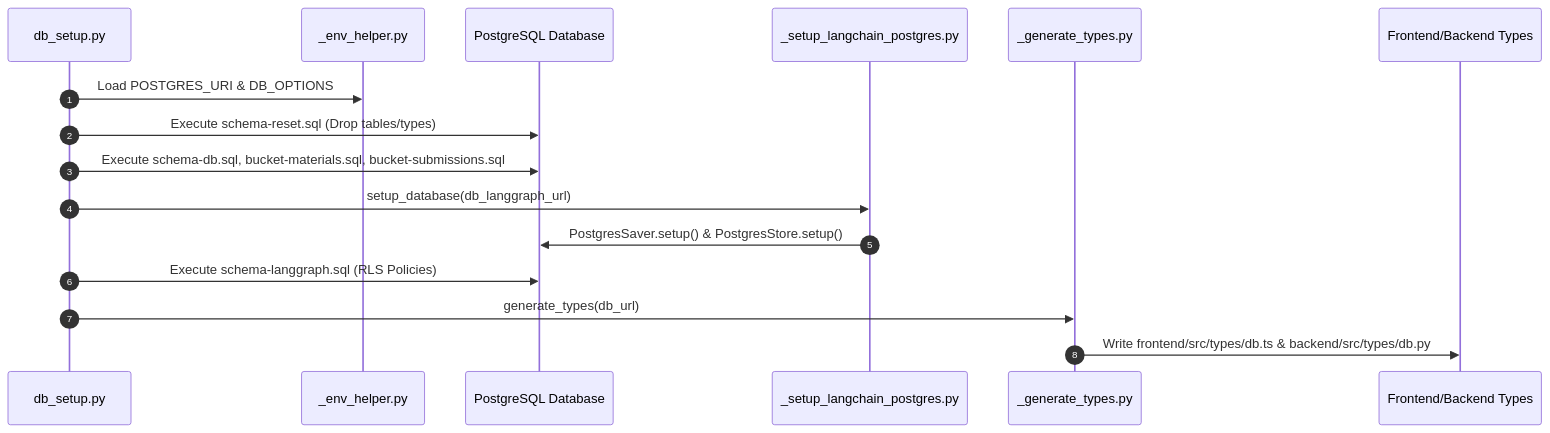
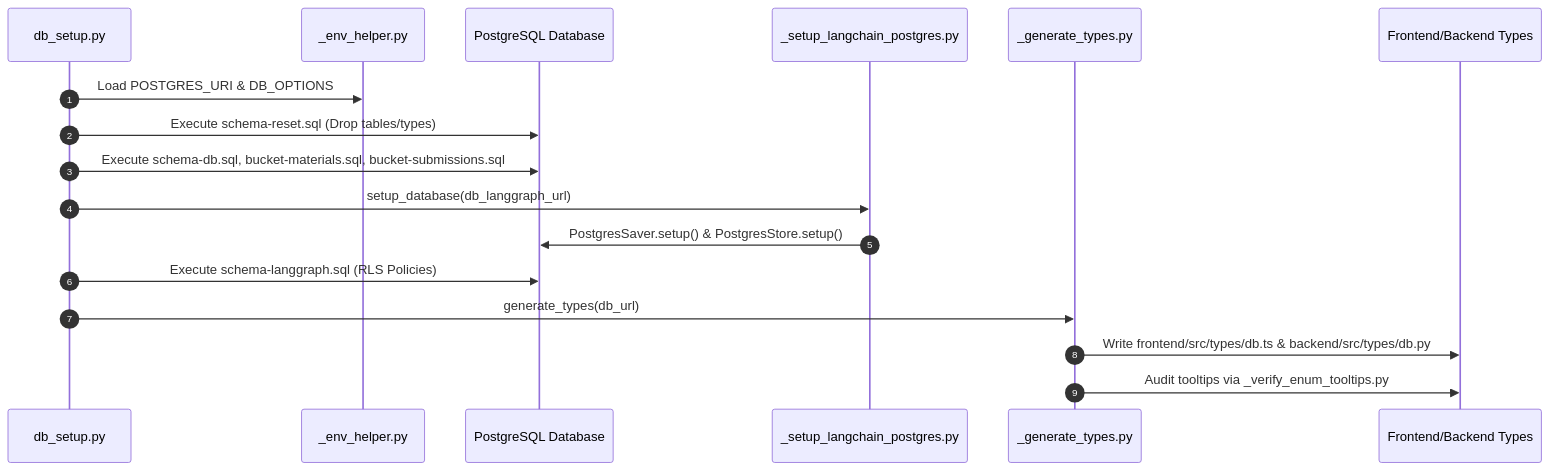
The diagram in scripts/code.ARCH.md (VictorBravo9er/Teacher-Assistant-Workspace), drawn with Mermaid before and after one commit. The commit also changed other lines of this file and 62 other files, not shown here.

First line of the commit message:
feat: implement plan 00 developer tooling, full-stack logging, enum audit, and mock data purge

````diff
--- a/scripts/code.ARCH.md
+++ b/scripts/code.ARCH.md
@@ -11,19 +11,20 @@
 ```mermaid
 sequenceDiagram
     autonumber
     participant DBSetup as db_setup.py
     participant Env as _env_helper.py
     participant Postgres as PostgreSQL Database
     participant LangChain as _setup_langchain_postgres.py
     participant TypeGen as _generate_types.py
     participant Filesystem as Frontend/Backend Types
 
     DBSetup->>Env: Load POSTGRES_URI & DB_OPTIONS
     DBSetup->>Postgres: Execute schema-reset.sql (Drop tables/types)
     DBSetup->>Postgres: Execute schema-db.sql, bucket-materials.sql, bucket-submissions.sql
     DBSetup->>LangChain: setup_database(db_langgraph_url)
     LangChain->>Postgres: PostgresSaver.setup() & PostgresStore.setup()
     DBSetup->>Postgres: Execute schema-langgraph.sql (RLS Policies)
     DBSetup->>TypeGen: generate_types(db_url)
     TypeGen->>Filesystem: Write frontend/src/types/db.ts & backend/src/types/db.py
+    TypeGen->>Filesystem: Audit tooltips via _verify_enum_tooltips.py
 ```
````
